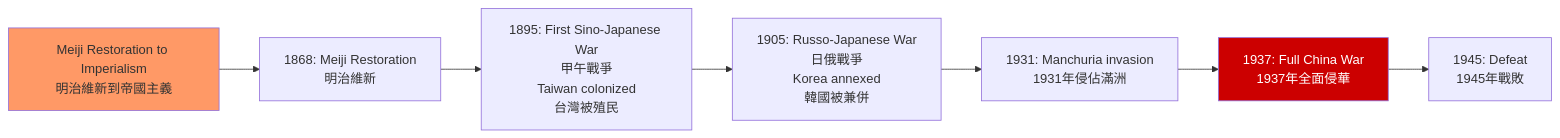
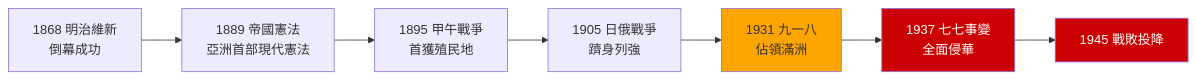
The second of 5 diagrams in 01_HKU_Courses/HIST1023_Modern_East_Asia.md (yip-lgtm/HKU-Harvard-History-Self-Study), drawn with Mermaid before and after one commit. The commit also changed other lines of this file and 22 other files, not shown here.

````diff
--- a/01_HKU_Courses/HIST1023_Modern_East_Asia.md
+++ b/01_HKU_Courses/HIST1023_Modern_East_Asia.md
@@ -73,12 +274,13 @@
 ```mermaid
 graph LR
-    A[Meiji Restoration to Imperialism<br/>明治維新到帝國主義] --> B[1868: Meiji Restoration<br/>明治維新]
-    B --> C[1895: First Sino-Japanese War<br/>甲午戰爭<br/>Taiwan colonized<br/>台灣被殖民]
-    C --> D[1905: Russo-Japanese War<br/>日俄戰爭<br/>Korea annexed<br/>韓國被兼併]
-    D --> E[1931: Manchuria invasion<br/>1931年侵佔滿洲]
-    E --> F[1937: Full China War<br/>1937年全面侵華]
-    F --> G[1945: Defeat<br/>1945年戰敗]
+    A["1868 明治維新<br/>倒幕成功"] --> B["1889 帝國憲法<br/>亞洲首部現代憲法"]
+    B --> C["1895 甲午戰爭<br/>首獲殖民地"]
+    C --> D["1905 日俄戰爭<br/>躋身列強"]
+    D --> E["1931 九一八<br/>佔領滿洲"]
+    E --> F["1937 七七事變<br/>全面侵華"]
+    F --> G["1945 戰敗投降"]
     
-    style A fill:#f96
+    style G fill:#c00,color:#fff
     style F fill:#c00,color:#fff
+    style E fill:#FFA500
 ```
````
